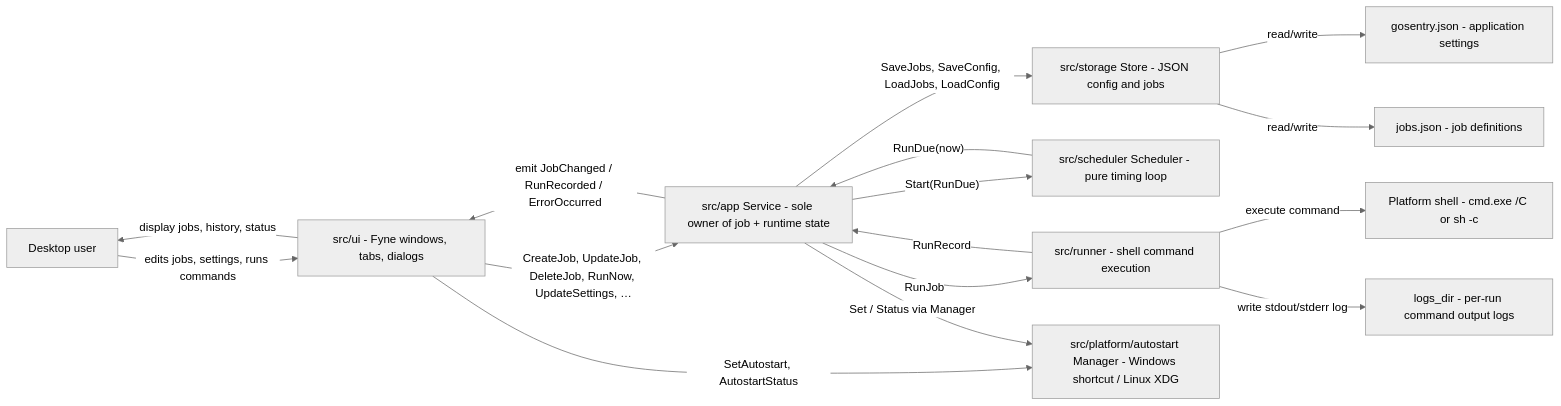
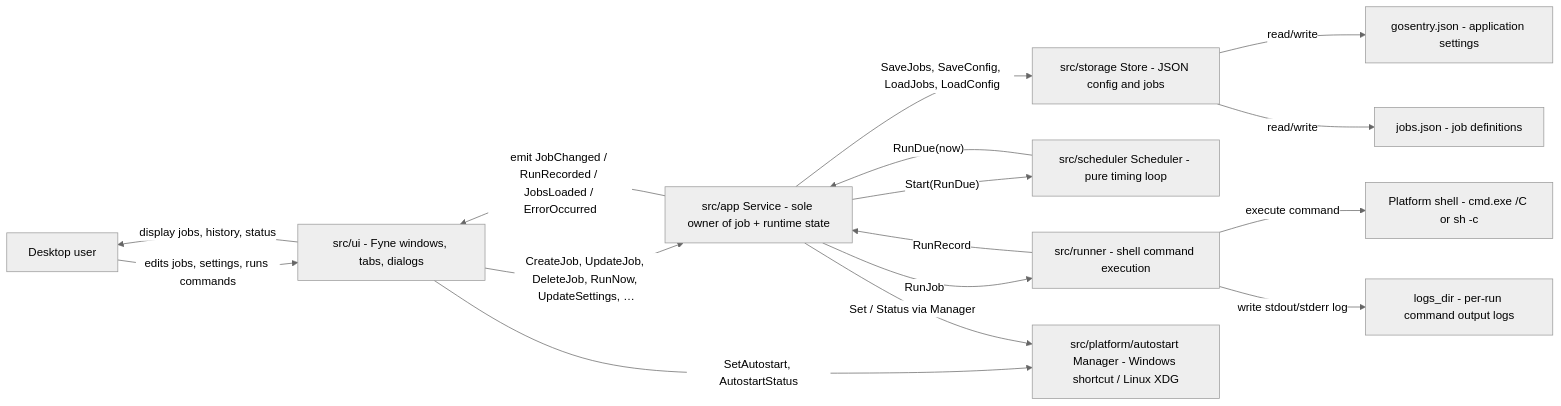
The diagram in docs/ARCHITECTURE.md (mixeme/gosentry), drawn with Mermaid (neutral theme) before and after one commit. The commit also changed other lines of this file and 16 other files, not shown here.

````diff
--- a/docs/ARCHITECTURE.md
+++ b/docs/ARCHITECTURE.md
@@ -28,32 +28,32 @@
 ```mermaid
 flowchart LR
     user["Desktop user"]
     ui["src/ui - Fyne windows, tabs, dialogs"]
     svc["src/app Service - sole owner of job + runtime state"]
     store["src/storage Store - JSON config and jobs"]
     sched["src/scheduler Scheduler - pure timing loop"]
     runner["src/runner - shell command execution"]
     autostart["src/platform/autostart Manager - Windows shortcut / Linux XDG"]
     config["gosentry.json - application settings"]
     jobs["jobs.json - job definitions"]
     logs["logs_dir - per-run command output logs"]
     shell["Platform shell - cmd.exe /C or sh -c"]
 
     user -->|"edits jobs, settings, runs commands"| ui
     ui -->|"CreateJob, UpdateJob, DeleteJob, RunNow, UpdateSettings, …"| svc
     svc -->|"SaveJobs, SaveConfig, LoadJobs, LoadConfig"| store
     store -->|"read/write"| config
     store -->|"read/write"| jobs
 
     svc -->|"Start(RunDue)"| sched
     sched -->|"RunDue(now)"| svc
     svc -->|"RunJob"| runner
     runner -->|"execute command"| shell
     runner -->|"write stdout/stderr log"| logs
     runner -->|"RunRecord"| svc
-    svc -->|"emit JobChanged / RunRecorded / ErrorOccurred"| ui
+    svc -->|"emit JobChanged / RunRecorded / JobsLoaded / ErrorOccurred"| ui
     ui -->|"display jobs, history, status"| user
 
     ui -->|"SetAutostart, AutostartStatus"| autostart
     svc -->|"Set / Status via Manager"| autostart
 ```
````
